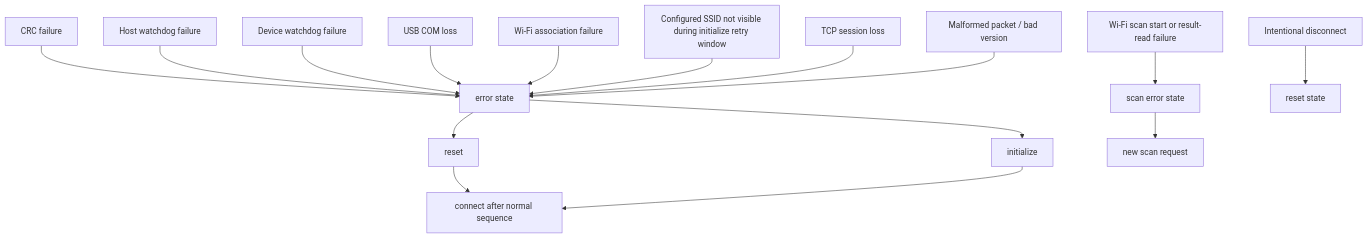
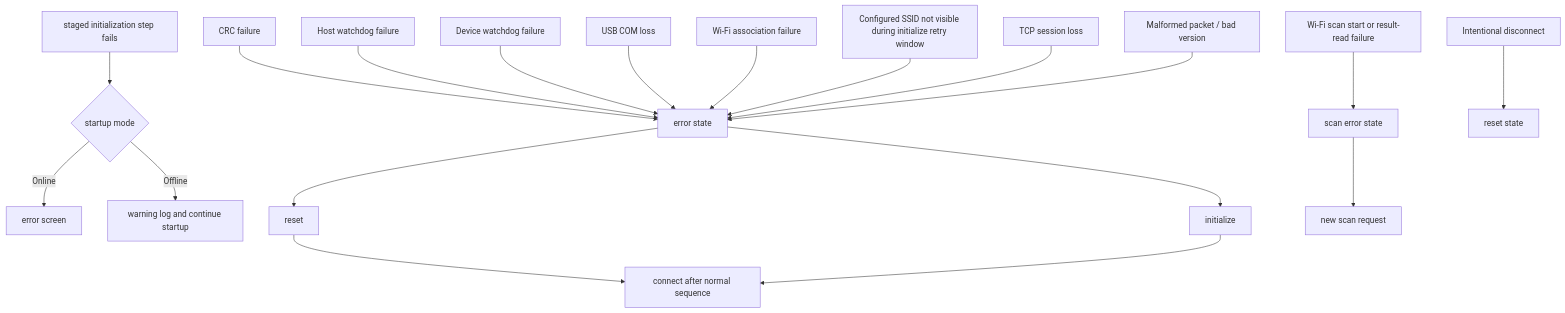
The diagram in docs/architecture/failure_modes.mmd (eyalglotman-collab/Gaggia_Client-ESP32-S3-Touch-LCD-4.3B-BOX), drawn with Mermaid before and after one commit. The commit also changed 11 other files, not shown here.

Commit message:
Checkpoint offline init flow before RS485 diagnostics

```diff
--- a/docs/architecture/failure_modes.mmd
+++ b/docs/architecture/failure_modes.mmd
@@ -1,17 +1,20 @@
 flowchart TD
+    START["staged initialization step fails"] --> MODE{"startup mode"}
+    MODE -->|Online| EUI["error screen"]
+    MODE -->|Offline| OWARN["warning log and continue startup"]
     CRC["CRC failure"] --> ERR["error state"]
     HOST["Host watchdog failure"] --> ERR
     DEV["Device watchdog failure"] --> ERR
     USB["USB COM loss"] --> ERR
     WIFI["Wi-Fi association failure"] --> ERR
     SSID["Configured SSID not visible during initialize retry window"] --> ERR
     TCP["TCP session loss"] --> ERR
     SCAN["Wi-Fi scan start or result-read failure"] --> SERR["scan error state"]
     MAL["Malformed packet / bad version"] --> ERR
     DISC["Intentional disconnect"] --> RESET["reset state"]
 
     ERR --> HARD["reset"]
     ERR --> SOFT["initialize"]
     SERR --> RETRY["new scan request"]
     HARD --> CONN["connect after normal sequence"]
     SOFT --> CONN
```
